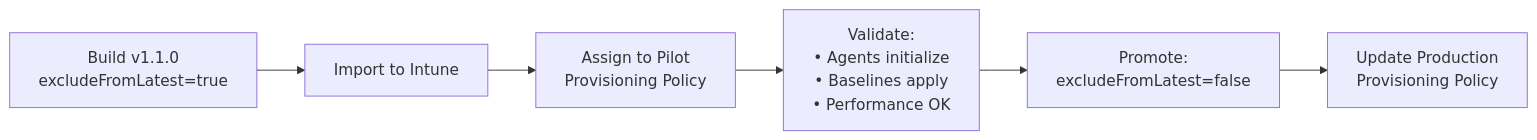
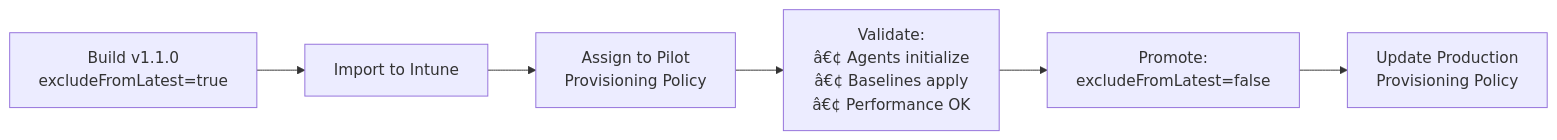
Before and after one commit to kkaminsk/W365ClawBook: the fourth of 6 diagrams in README.md, drawn with Mermaid. The commit also changed other lines of this file, not shown here.

````diff
--- a/README.md
+++ b/README.md
@@ -1835,8 +1842,8 @@
 ```mermaid
 graph LR
     BUILD[Build v1.1.0<br/>excludeFromLatest=true] --> IMPORT[Import to Intune]
     IMPORT --> PILOT[Assign to Pilot<br/>Provisioning Policy]
-    PILOT --> TEST[Validate:<br/>• Agents initialize<br/>• Baselines apply<br/>• Performance OK]
+    PILOT --> TEST[Validate:<br/>â€¢ Agents initialize<br/>â€¢ Baselines apply<br/>â€¢ Performance OK]
     TEST --> PROMOTE[Promote:<br/>excludeFromLatest=false]
     PROMOTE --> PROD[Update Production<br/>Provisioning Policy]
 ```
````
